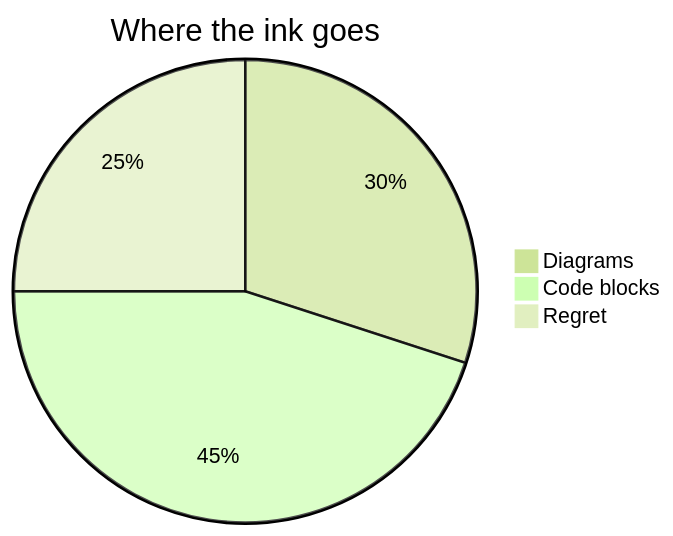
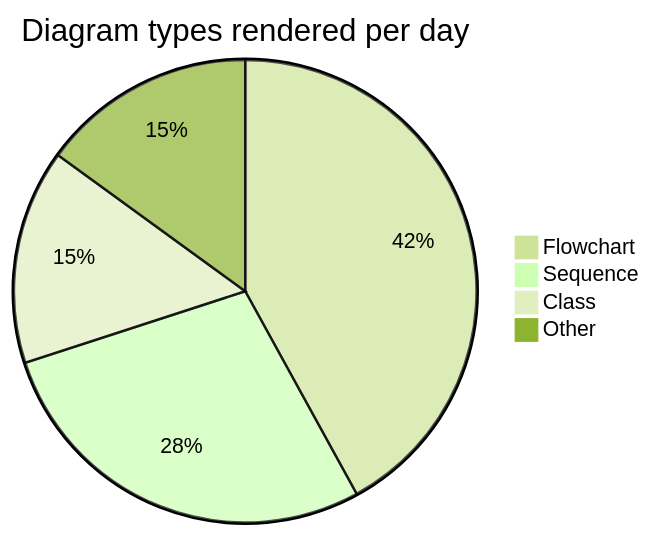
Before and after one commit to nullean/mermaider: the tenth of 27 diagrams in tests/Mermaider.Tests/Fixtures/mermaid.md, drawn with Mermaid (forest theme). The commit also changed other lines of this file, not shown here.

Commit message:
Rewrite mermaid.md fixture to be Mermaider-focused, remove WinPrint references

````diff
--- a/tests/Mermaider.Tests/Fixtures/mermaid.md
+++ b/tests/Mermaider.Tests/Fixtures/mermaid.md
@@ -178,7 +152,8 @@
 ```mermaid
 pie
-    title Where the ink goes
-    "Diagrams" : 30
-    "Code blocks" : 45
-    "Regret" : 25
+    title Diagram types rendered per day
+    "Flowchart" : 42
+    "Sequence" : 28
+    "Class" : 15
+    "Other" : 15
 ```
````
